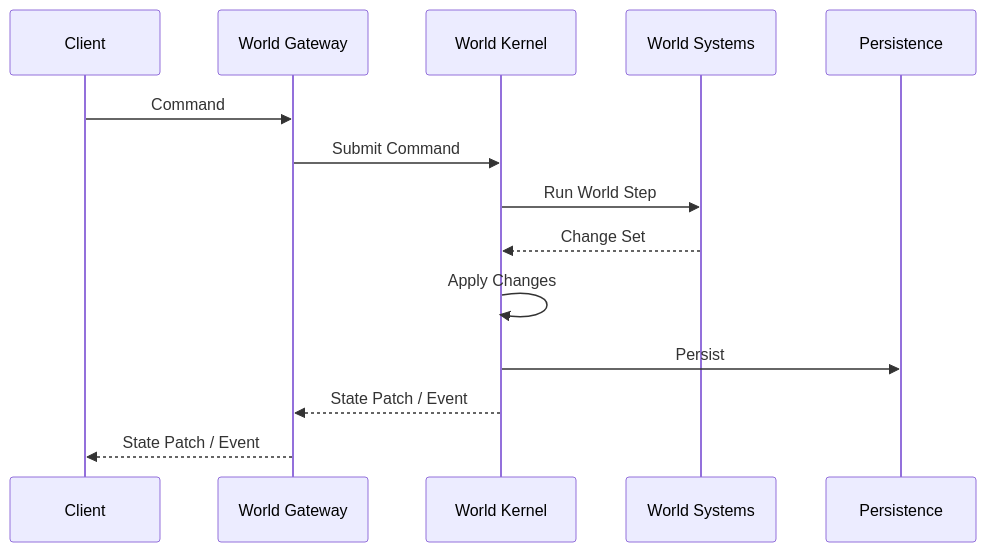
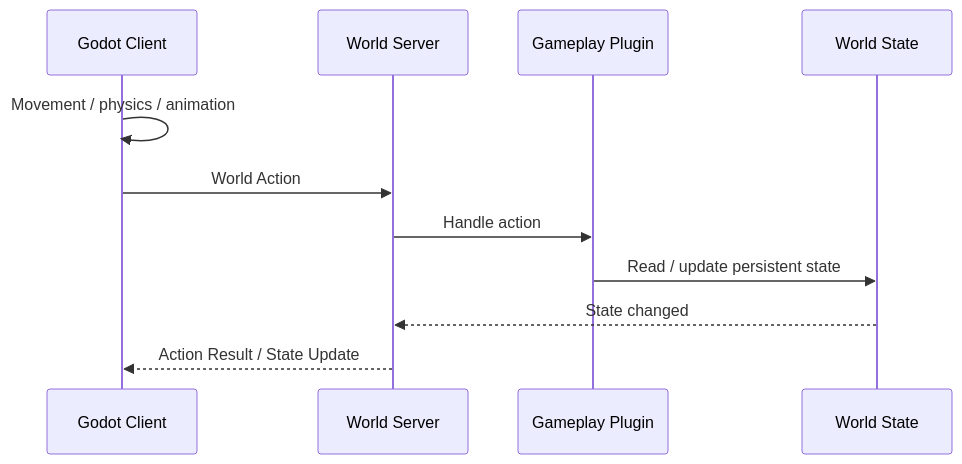
The diagram in architecture/world-protocol.md (Ri0n72Y/idea-slime-bar), drawn with Mermaid before and after one commit. The commit also changed other lines of this file, not shown here.

Commit message:
docs: redefine world protocol as save and sync boundary

````diff
--- a/architecture/world-protocol.md
+++ b/architecture/world-protocol.md
@@ -16,17 +26,14 @@
 ```mermaid
 sequenceDiagram
-    participant C as Client
-    participant G as World Gateway
-    participant K as World Kernel
-    participant S as World Systems
-    participant P as Persistence
+    participant G as Godot Client
+    participant W as World Server
+    participant P as Gameplay Plugin
+    participant S as World State
 
-    C->>G: Command
-    G->>K: Submit Command
-    K->>S: Run World Step
-    S-->>K: Change Set
-    K->>K: Apply Changes
-    K->>P: Persist
-    K-->>G: State Patch / Event
-    G-->>C: State Patch / Event
+    G->>G: Movement / physics / animation
+    G->>W: World Action
+    W->>P: Handle action
+    P->>S: Read / update persistent state
+    S-->>W: State changed
+    W-->>G: Action Result / State Update
 ```
````
